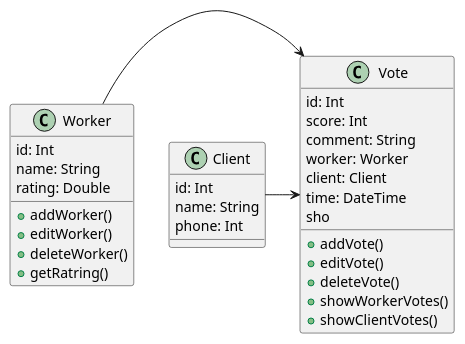
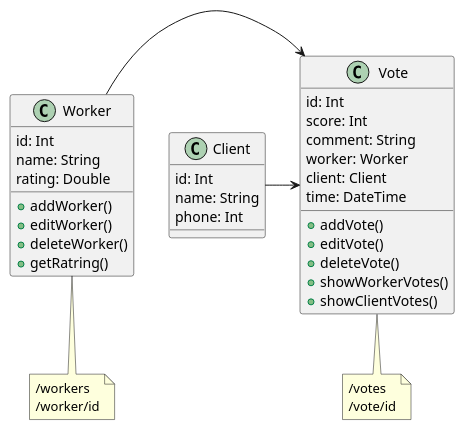
Before and after one commit to simenshteyn/feedr_app: the diagram in docs/diagrams/src/scheme.plantuml, drawn with PlantUML. The commit also changed 10 other files, not shown here.

```diff
--- a/docs/diagrams/src/scheme.plantuml
+++ b/docs/diagrams/src/scheme.plantuml
@@ -3,35 +3,41 @@
 @startuml FeedrScheme
 class Vote {
     id: Int
     score: Int
     comment: String
     worker: Worker
     client: Client
     time: DateTime
     +addVote()
     +editVote()
     +deleteVote()
     +showWorkerVotes()
     +showClientVotes()
-    sho
 }
+note bottom of Vote
+  /votes
+  /vote/id
+end note
 
 class Worker {
     id: Int
     name: String
     rating: Double
     +addWorker()
     +editWorker()
     +deleteWorker()
     +getRatring()
 }
+note bottom of Worker
+  /workers
+  /worker/id
+end note
 
 class Client {
     id: Int
     name: String
     phone: Int
 }
-
 Worker -> Vote
 Client -> Vote
 @enduml
```
